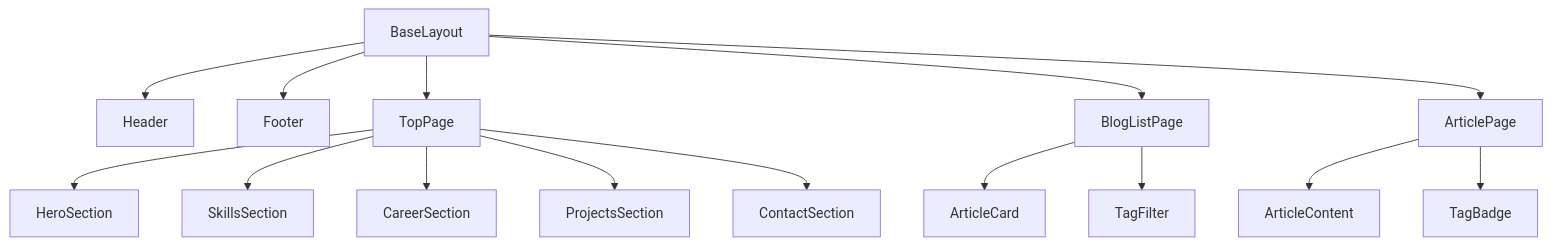
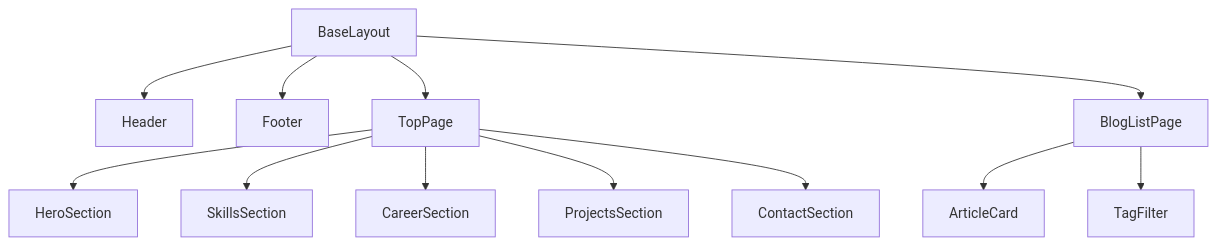
Before and after one commit to m-i-z-L/portfolio: the second of 5 diagrams in docs/functional-design.md, drawn with Mermaid. The commit also changed other lines of this file and 5 other files, not shown here.

````diff
--- a/docs/functional-design.md
+++ b/docs/functional-design.md
@@ -162,39 +172,31 @@
 ```mermaid
 graph TB
     Layout[BaseLayout]
     Header[Header]
     Footer[Footer]
 
     TopPage[TopPage]
     HeroSection[HeroSection]
     SkillsSection[SkillsSection]
     CareerSection[CareerSection]
     ProjectsSection[ProjectsSection]
     ContactSection[ContactSection]
 
     BlogListPage[BlogListPage]
     ArticleCard[ArticleCard]
     TagFilter[TagFilter]
 
-    ArticlePage[ArticlePage]
-    ArticleContent[ArticleContent]
-    TagBadge[TagBadge]
-
     Layout --> Header
     Layout --> Footer
     Layout --> TopPage
     Layout --> BlogListPage
-    Layout --> ArticlePage
 
     TopPage --> HeroSection
     TopPage --> SkillsSection
     TopPage --> CareerSection
     TopPage --> ProjectsSection
     TopPage --> ContactSection
 
     BlogListPage --> ArticleCard
     BlogListPage --> TagFilter
-
-    ArticlePage --> ArticleContent
-    ArticlePage --> TagBadge
 ```
````
